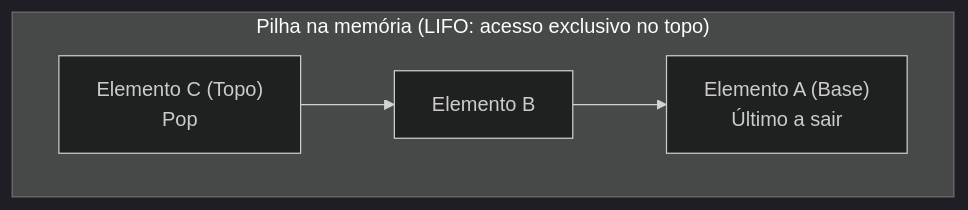
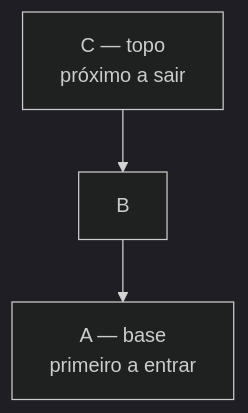
Before and after one commit to leorruas/puc: the first of 5 diagrams in 00. Sintaxe Multilinguagem/08. Estruturas de dados fundamentais (materialização de modelos mentais em código).md, drawn with Mermaid (dark theme). The commit also changed other lines of this file, not shown here.

````diff
--- a/00. Sintaxe Multilinguagem/08. Estruturas de dados fundamentais (materialização de modelos mentais em código).md
+++ b/00. Sintaxe Multilinguagem/08. Estruturas de dados fundamentais (materialização de modelos mentais em código).md
@@ -48,11 +48,9 @@
 ```mermaid
 flowchart TD
-    subgraph Pilha ["Pilha na memória (LIFO: acesso exclusivo no topo)"]
-        E3["Elemento C (Topo)<br>Pop"]:::core
-        E2["Elemento B"]:::component
-        E1["Elemento A (Base)<br>Último a sair"]:::data
+    Topo["C — topo<br>próximo a sair"]:::core
+    Meio["B"]:::component
+    Base["A — base<br>primeiro a entrar"]:::data
 
-        E3 --> E2
-        E2 --> E1
-    end
+    Topo --> Meio
+    Meio --> Base
 ```
````
